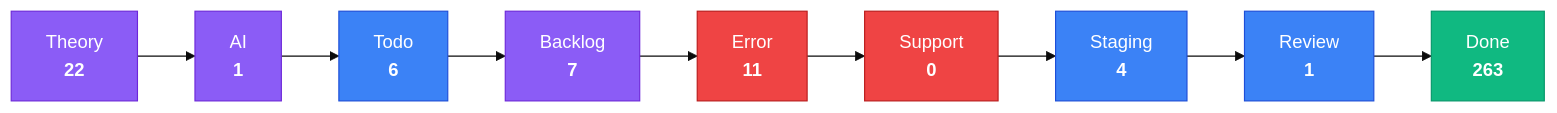
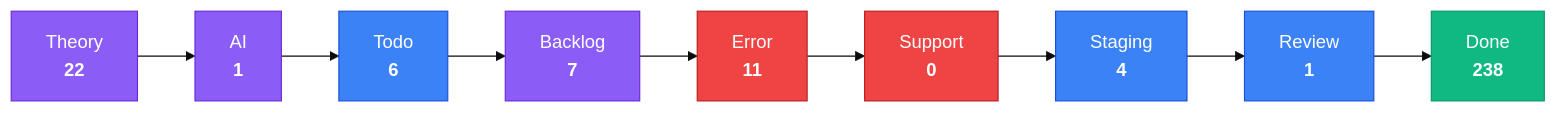
Before and after one commit to KBVE/kbve: the third of 4 diagrams in apps/kbve/astro-kbve/src/content/docs/dashboard/kanban-data.mdx, drawn with Mermaid (base theme). The commit also changed other lines of this file and 7 other files, not shown here.

````diff
--- a/apps/kbve/astro-kbve/src/content/docs/dashboard/kanban-data.mdx
+++ b/apps/kbve/astro-kbve/src/content/docs/dashboard/kanban-data.mdx
@@ -80,28 +80,28 @@
 ```mermaid
 flowchart LR
     classDef planning fill:#8b5cf6,stroke:#6d28d9,color:#fff
     classDef active fill:#3b82f6,stroke:#1d4ed8,color:#fff
     classDef blocked fill:#ef4444,stroke:#b91c1c,color:#fff
     classDef done fill:#10b981,stroke:#059669,color:#fff
     Theory["Theory<br/><strong>22</strong>"]
     Theory --> AI
     AI["AI<br/><strong>1</strong>"]
     AI --> Todo
     Todo["Todo<br/><strong>6</strong>"]
     Todo --> Backlog
     Backlog["Backlog<br/><strong>7</strong>"]
     Backlog --> Error
     Error["Error<br/><strong>11</strong>"]
     Error --> Support
     Support["Support<br/><strong>0</strong>"]
     Support --> Staging
     Staging["Staging<br/><strong>4</strong>"]
     Staging --> Review
     Review["Review<br/><strong>1</strong>"]
     Review --> Done
-    Done["Done<br/><strong>263</strong>"]
+    Done["Done<br/><strong>238</strong>"]
     class Theory,AI,Backlog planning
     class Todo,Staging,Review active
     class Error,Support blocked
     class Done done
 ```
````
